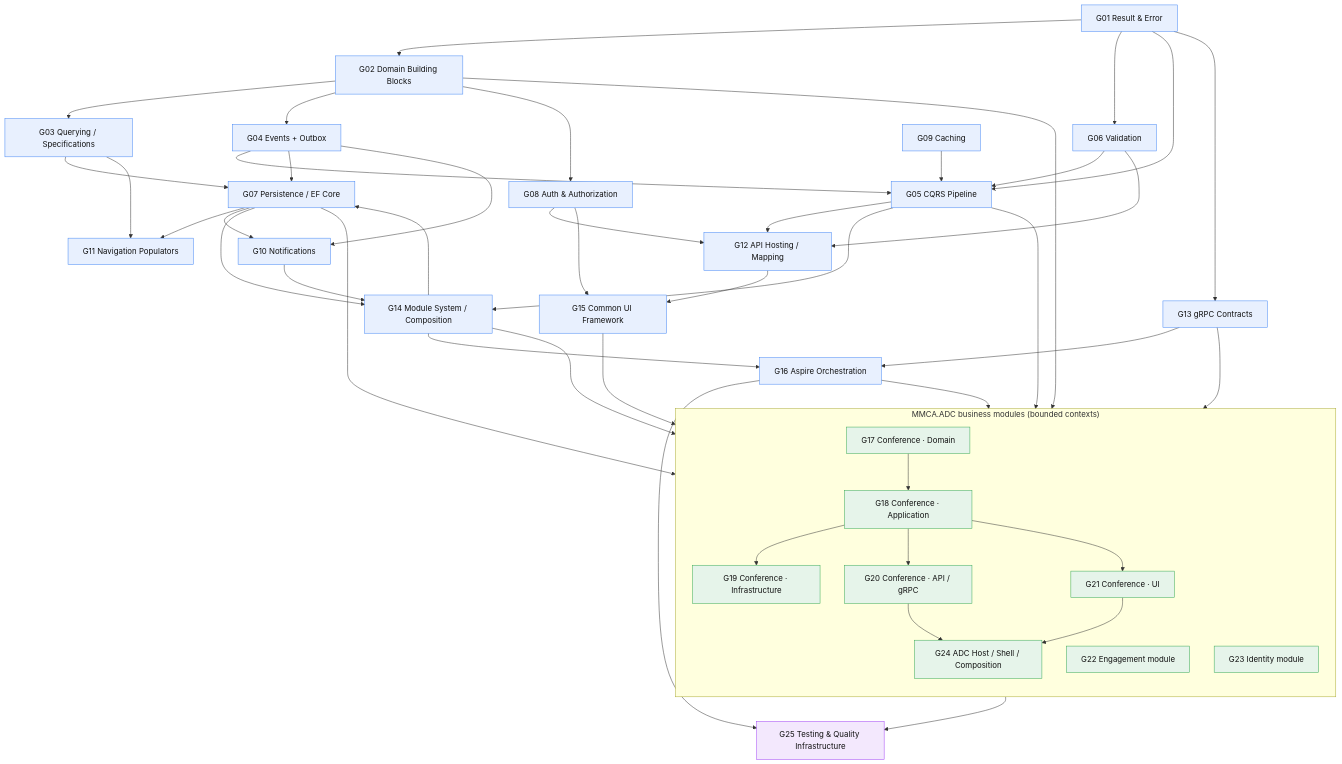
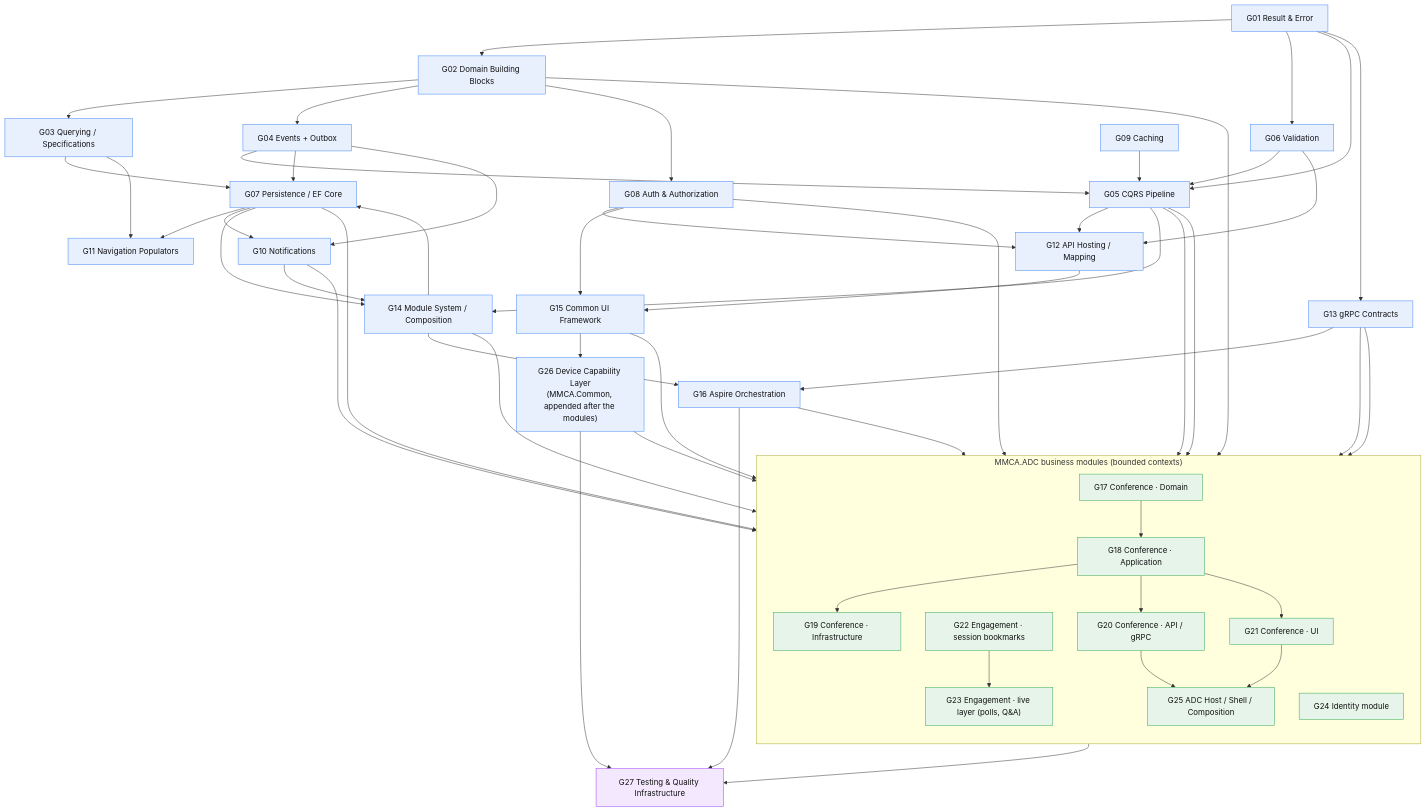
One commit to ivanball/ivanball.github.io changed the third of 15 diagrams in docs-src/onboarding/CONCEPT-MAPS.md. Above: the diagram before and after it, drawn with Mermaid. The commit also changed other lines of this file and 15 other files, not shown here.

````diff
--- a/docs-src/onboarding/CONCEPT-MAPS.md
+++ b/docs-src/onboarding/CONCEPT-MAPS.md
@@ -127,12 +145,14 @@
         G19["G19 Conference · Infrastructure"]
         G20["G20 Conference · API / gRPC"]
         G21["G21 Conference · UI"]
-        G22["G22 Engagement module"]
-        G23["G23 Identity module"]
-        G24["G24 ADC Host / Shell / Composition"]
+        G22["G22 Engagement · session bookmarks"]
+        G23["G23 Engagement · live layer (polls, Q&amp;A)"]
+        G24["G24 Identity module"]
+        G25["G25 ADC Host / Shell / Composition"]
     end
 
-    G25["G25 Testing &amp; Quality Infrastructure"]
+    G26["G26 Device Capability Layer<br/>(MMCA.Common, appended after the modules)"]
+    G27["G27 Testing &amp; Quality Infrastructure"]
 
     %% framework backbone
     G01 --> G02 --> G03
@@ -156,6 +176,7 @@
     G14 --> G07
     G12 --> G15
     G08 --> G15
+    G15 --> G26
 
     %% edges into composition + orchestration
     G05 --> G14
@@ -174,19 +195,26 @@
     G13 --> G20
     G18 --> G21
     G15 --> G21
-    G14 --> G24
-    G16 --> G24
-    G20 --> G24
-    G21 --> G24
+    G05 --> G22
+    G22 --> G23
+    G10 --> G23
+    G13 --> G23
+    G08 --> G24
+    G14 --> G25
+    G16 --> G25
+    G20 --> G25
+    G21 --> G25
+    G26 --> G25
 
     %% everything is tested
-    ADCMOD --> G25
-    G16 --> G25
+    ADCMOD --> G27
+    G16 --> G27
+    G26 --> G27
 
     classDef fw fill:#e8f0fe,stroke:#4285f4,color:#111
     classDef adc fill:#e6f4ea,stroke:#34a853,color:#111
     classDef test fill:#f3e8fd,stroke:#a142f4,color:#111
-    class G01,G02,G03,G04,G05,G06,G07,G08,G09,G10,G11,G12,G13,G14,G15,G16 fw
-    class G17,G18,G19,G20,G21,G22,G23,G24 adc
-    class G25 test
+    class G01,G02,G03,G04,G05,G06,G07,G08,G09,G10,G11,G12,G13,G14,G15,G16,G26 fw
+    class G17,G18,G19,G20,G21,G22,G23,G24,G25 adc
+    class G27 test
 ```
````
